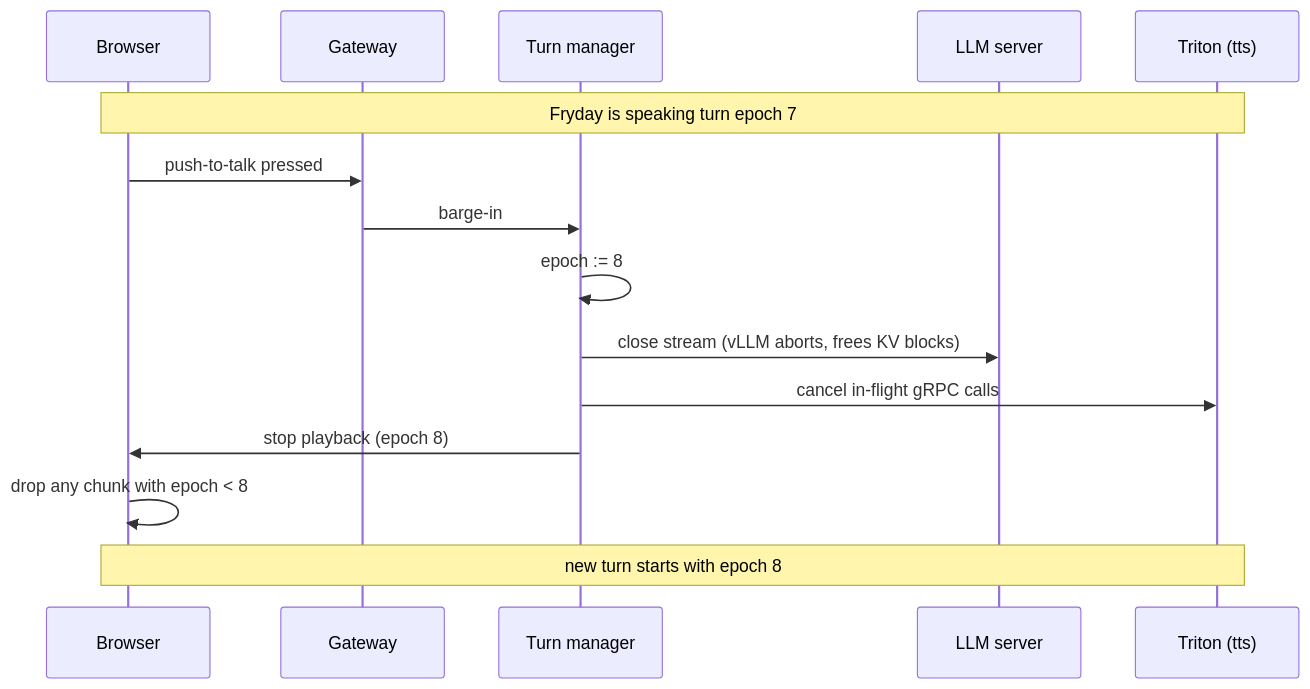
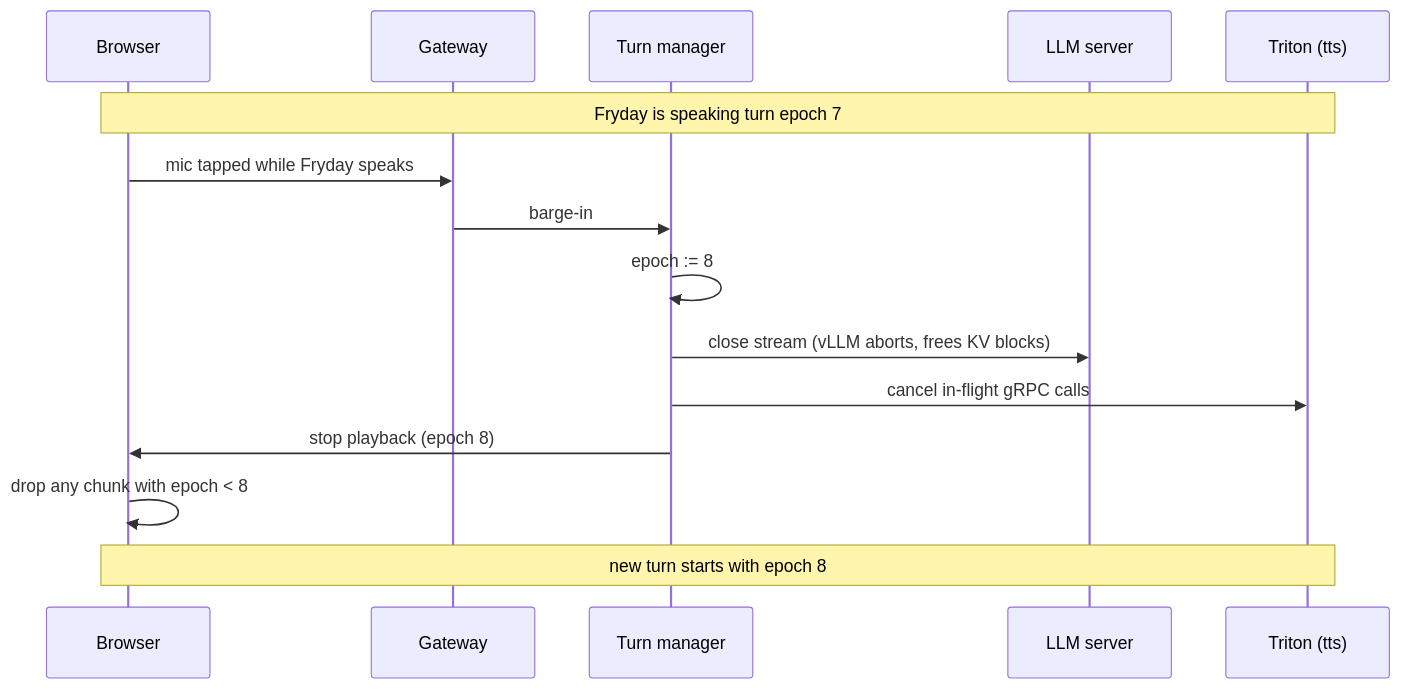
The seventh of 15 diagrams in docs/specs/2026-10-04-fryday-architecture.md (Analyst-Harsh/Fryday), drawn with Mermaid before and after one commit. The commit also changed other lines of this file and 1 other file, not shown here.

First line of the commit message:
docs: switch v1 input from push-to-talk to tap-to-start / tap-to-stop

````diff
--- a/docs/specs/2026-10-04-fryday-architecture.md
+++ b/docs/specs/2026-10-04-fryday-architecture.md
@@ -458,17 +458,17 @@
 ```mermaid
 sequenceDiagram
     participant B as Browser
     participant G as Gateway
     participant T as Turn manager
     participant L as LLM server
     participant TR as Triton (tts)
     Note over B,TR: Fryday is speaking turn epoch 7
-    B->>G: push-to-talk pressed
+    B->>G: mic tapped while Fryday speaks
     G->>T: barge-in
     T->>T: epoch := 8
     T->>L: close stream (vLLM aborts, frees KV blocks)
     T->>TR: cancel in-flight gRPC calls
     T->>B: stop playback (epoch 8)
     B->>B: drop any chunk with epoch < 8
     Note over B,TR: new turn starts with epoch 8
 ```
````
